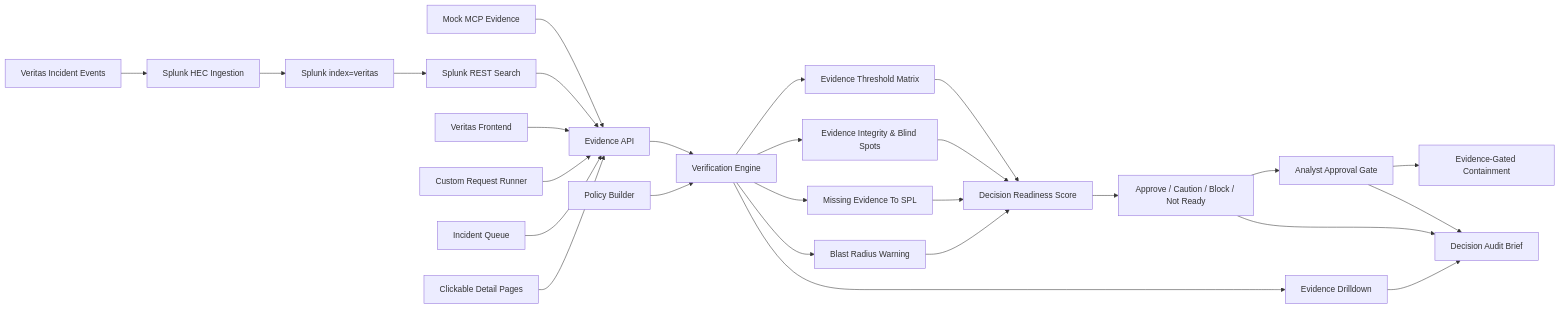
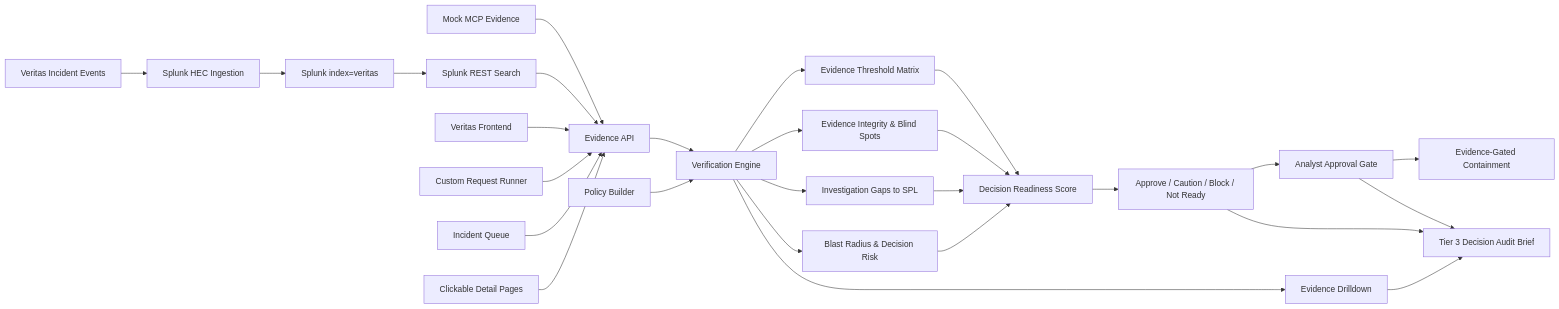
The diagram in architecture_diagram.md (cyberrockng/splunk-veritas-ai), drawn with Mermaid before and after one commit. The commit also changed 13 other files, not shown here.

````diff
--- a/architecture_diagram.md
+++ b/architecture_diagram.md
@@ -3,29 +3,29 @@
 ```mermaid
 flowchart LR
   A["Veritas Incident Events"] --> B["Splunk HEC Ingestion"]
   B --> C["Splunk index=veritas"]
   D["Mock MCP Evidence"] --> G["Evidence API"]
   C --> E["Splunk REST Search"]
   E --> G
   F["Veritas Frontend"] --> G
   S["Custom Request Runner"] --> G
   U["Incident Queue"] --> G
   V["Policy Builder"] --> H
   G --> H["Verification Engine"]
   H --> I["Evidence Threshold Matrix"]
   H --> J["Evidence Integrity & Blind Spots"]
-  H --> K["Missing Evidence To SPL"]
-  H --> L["Blast Radius Warning"]
+  H --> K["Investigation Gaps to SPL"]
+  H --> L["Blast Radius & Decision Risk"]
   H --> Q["Evidence Drilldown"]
   I --> M["Decision Readiness Score"]
   J --> M
   K --> M
   L --> M
   M --> N["Approve / Caution / Block / Not Ready"]
   N --> R["Analyst Approval Gate"]
   R --> O["Evidence-Gated Containment"]
-  N --> P["Decision Audit Brief"]
+  N --> P["Tier 3 Decision Audit Brief"]
   Q --> P
   R --> P
   T["Clickable Detail Pages"] --> G
 ```
````
